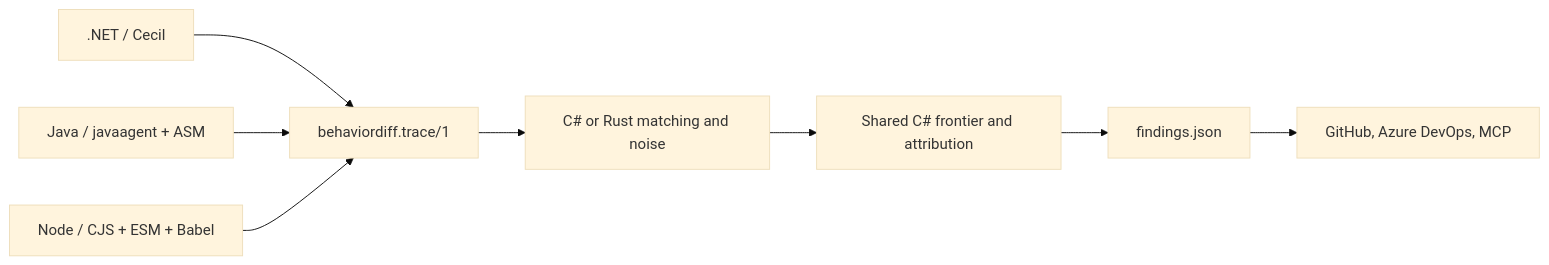
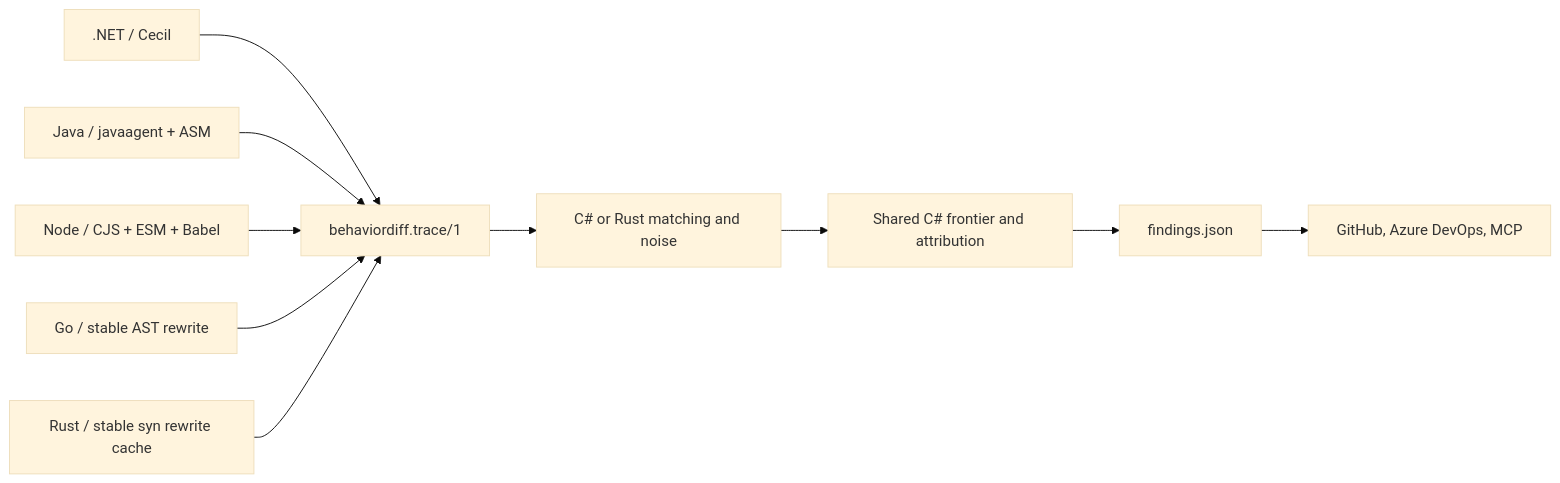
Before and after one commit to issacnitin/BehaviorDiff: the first of 2 diagrams in README.md, drawn with Mermaid (base theme). The commit also changed other lines of this file, not shown here.

Commit message:
Document stable Rust tracing

````diff
--- a/README.md
+++ b/README.md
@@ -13,10 +13,12 @@
 ```mermaid
 flowchart LR
   D[.NET / Cecil] --> T[behaviordiff.trace/1]
   J[Java / javaagent + ASM] --> T
   N[Node / CJS + ESM + Babel] --> T
+  G[Go / stable AST rewrite] --> T
+  R[Rust / stable syn rewrite cache] --> T
   T --> E[C# or Rust matching and noise]
   E --> A[Shared C# frontier and attribution]
   A --> F[findings.json]
   F --> P[GitHub, Azure DevOps, MCP]
 ```
````
